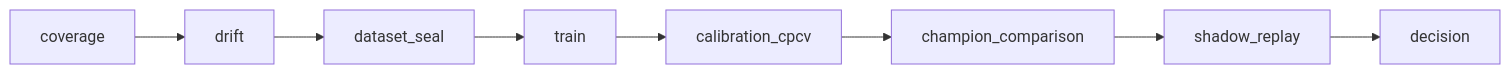
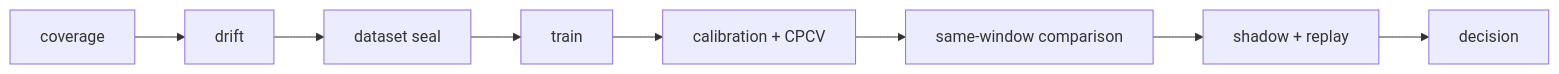
One commit to solomon-ssy/oxide-arb changed the third of 3 diagrams in docs/plans/quant-pivot/phase-11/11.9-attribution-feedback-and-auto-retraining.md. Above: the diagram before and after it, drawn with Mermaid. The commit also changed other lines of this file and 151 other files, not shown here.

````diff
--- a/docs/plans/quant-pivot/phase-11/11.9-attribution-feedback-and-auto-retraining.md
+++ b/docs/plans/quant-pivot/phase-11/11.9-attribution-feedback-and-auto-retraining.md
@@ -400,6 +771,6 @@
 ```mermaid
 flowchart LR
-    C["coverage"] --> D["drift"] --> S["dataset_seal"] --> T["train"]
-    T --> V["calibration_cpcv"] --> P["champion_comparison"]
-    P --> H["shadow_replay"] --> G["decision"]
+    C["coverage"] --> D["drift"] --> S["dataset seal"] --> T["train"]
+    T --> V["calibration + CPCV"] --> P["same-window comparison"]
+    P --> H["shadow + replay"] --> G["decision"]
 ```
````
